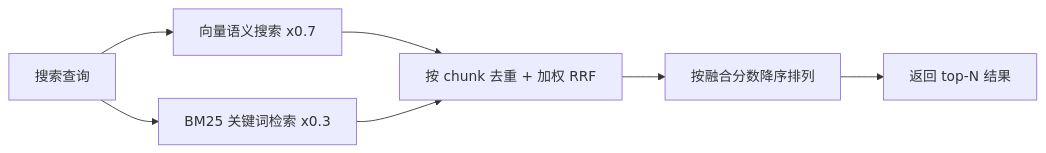
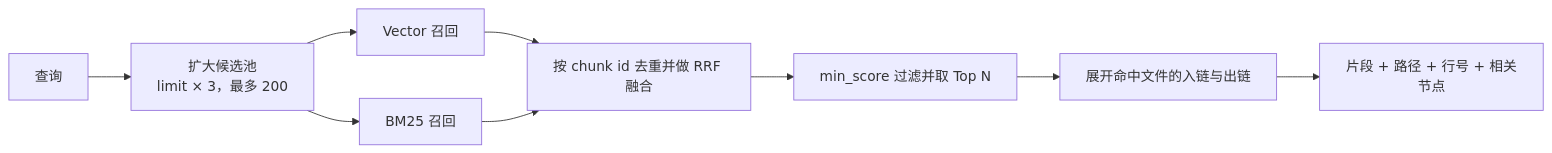
The fifth of 5 diagrams in website/public/docs/memory.zh.md (agentscope-ai/QwenPaw), drawn with Mermaid before and after one commit. The commit also changed other lines of this file and 11 other files, not shown here.

````diff
--- a/website/public/docs/memory.zh.md
+++ b/website/public/docs/memory.zh.md
@@ -203,9 +314,11 @@
 ```mermaid
-graph LR
-    Query[搜索查询] --> Vector[向量语义搜索 x0.7]
-    Query --> BM25[BM25 关键词检索 x0.3]
-    Vector --> Merge[按 chunk 去重 + 加权 RRF]
-    BM25 --> Merge
-    Merge --> Sort[按融合分数降序排列]
-    Sort --> Results[返回 top-N 结果]
+flowchart LR
+    A[查询] --> B[扩大候选池<br/>limit × 3，最多 200]
+    B --> C[Vector 召回]
+    B --> D[BM25 召回]
+    C --> E[按 chunk id 去重并做 RRF 融合]
+    D --> E
+    E --> F[min_score 过滤并取 Top N]
+    F --> G[展开命中文件的入链与出链]
+    G --> H[片段 + 路径 + 行号 + 相关节点]
 ```
````
